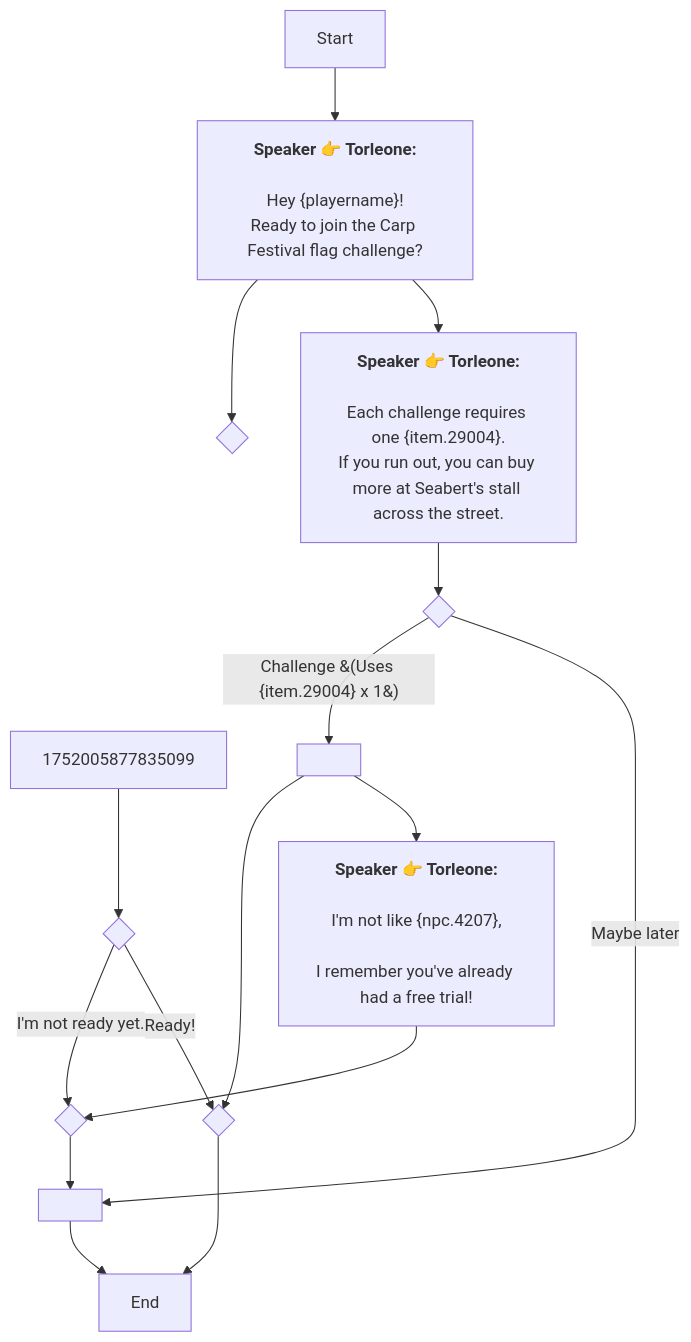
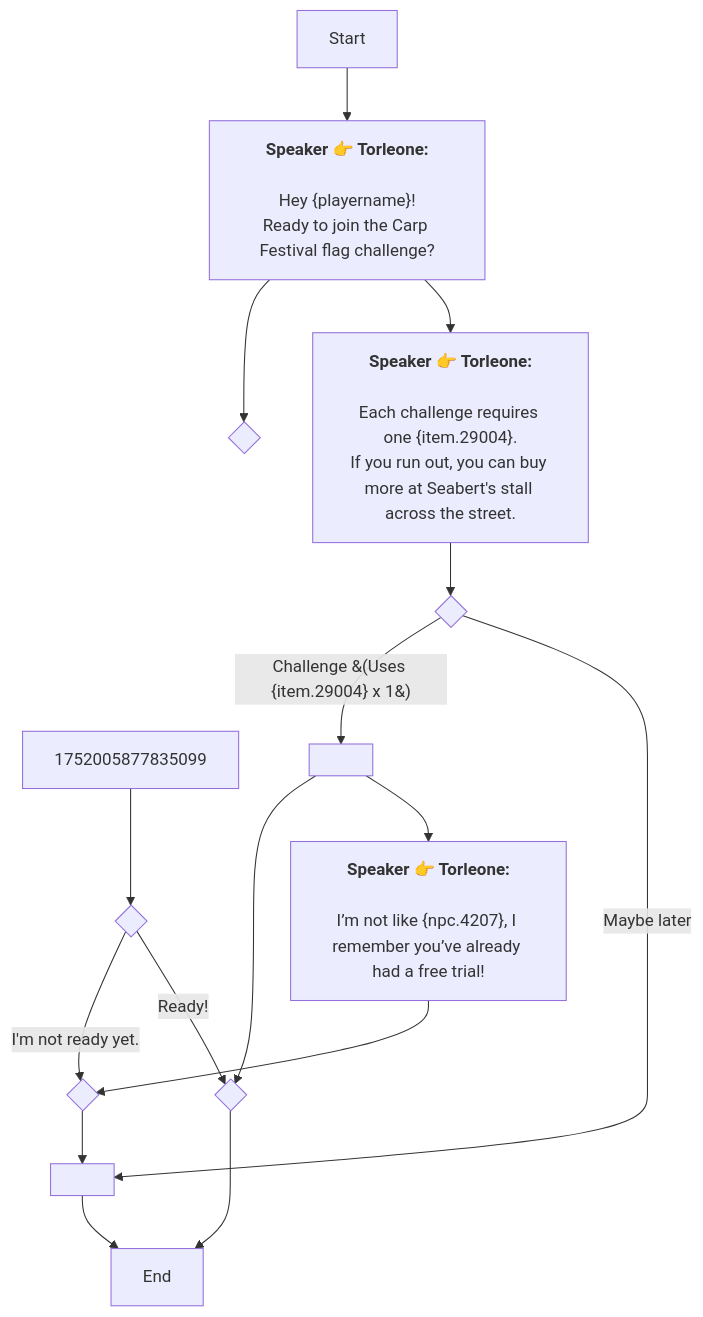
One commit to SoftHu/tos_avg changed the diagram in En/AddDialogNode_1747827838779673.md. Above: the diagram before and after it, drawn with Mermaid. The commit also changed 199 other files, not shown here.

````diff
--- a/En/AddDialogNode_1747827838779673.md
+++ b/En/AddDialogNode_1747827838779673.md
@@ -1,29 +1,27 @@
 ```mermaid
 graph
 Start -->1747827907015965[<b>Speaker 👉 Torleone:</b>
 
 Hey &lbrace;playername&rbrace;!
 Ready to join the Carp Festival flag challenge?]
 1747827907015965 -->1752005483736403{ }
 1747827907015965 -->1752005655631188[<b>Speaker 👉 Torleone:</b>
 
 Each challenge requires one &lbrace;item.29004&rbrace;.
 If you run out, you can buy more at Seabert's stall across the street.]
 1752005877835099 -->1752005938413916{ }
 1752005938413916 -->|I'm not ready yet.|1752005960656225[ ]
 1752005938413916 -->|Ready!|1751644280567093[ ]
 1752005960656225 -->1751644294411574{ }
 1751644294411574 -->1747827980024094[End]
 1751644280567093 -->1747827980024094[End]
 1752005655631188 -->1752005828131157{ }
 1752005828131157 -->|Challenge &#40;Uses &lbrace;item.29004&rbrace; x 1&#41;|1752005867783514[ ]
 1752005828131157 -->|Maybe later|1751644294411574[ ]
 1752005867783514 -->1751644280567093{ }
 1752005867783514 -->1752006146056546[<b>Speaker 👉 Torleone:</b>
 
-I'm not like &lbrace;npc.4207&rbrace;,
-
-I remember you've already had a free trial!]
+I’m not like &lbrace;npc.4207&rbrace;, I remember you’ve already had a free trial!]
 1752006146056546 -->1752005960656225{ }
 
  ```
````
